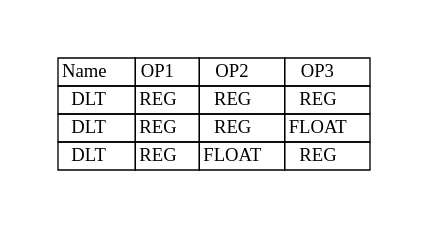
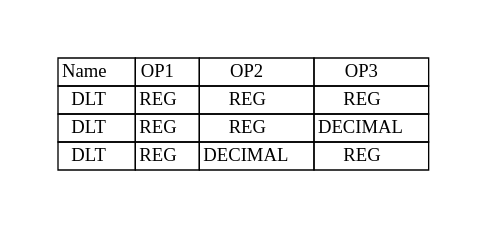
The diagram in docs/books/crexx_vm_spec/svg/dlt.gv (adesutherland/CREXX), drawn with Graphviz before and after one commit. The commit also changed 103 other files, not shown here.

```diff
--- a/docs/books/crexx_vm_spec/svg/dlt.gv
+++ b/docs/books/crexx_vm_spec/svg/dlt.gv
@@ -1,11 +1,11 @@
 digraph{
 graph [pad="0.5", nodesep="0.5", ranksep="2" ]
 node [shape=plain]
 Foo [label=<
 <table border="0" cellborder="1" cellspacing="0">
 <tr><td> Name </td> <td> OP1 </td><td> OP2 </td><td> OP3 </td> </tr>
 <tr><td> DLT </td><td> REG </td><td> REG </td><td> REG </td> </tr>
-<tr><td> DLT </td><td> REG </td><td> REG </td><td> FLOAT </td> </tr>
-<tr><td> DLT </td><td> REG </td><td> FLOAT </td><td> REG </td> </tr>
+<tr><td> DLT </td><td> REG </td><td> REG </td><td> DECIMAL </td> </tr>
+<tr><td> DLT </td><td> REG </td><td> DECIMAL </td><td> REG </td> </tr>
 </table>>];
 }
```
